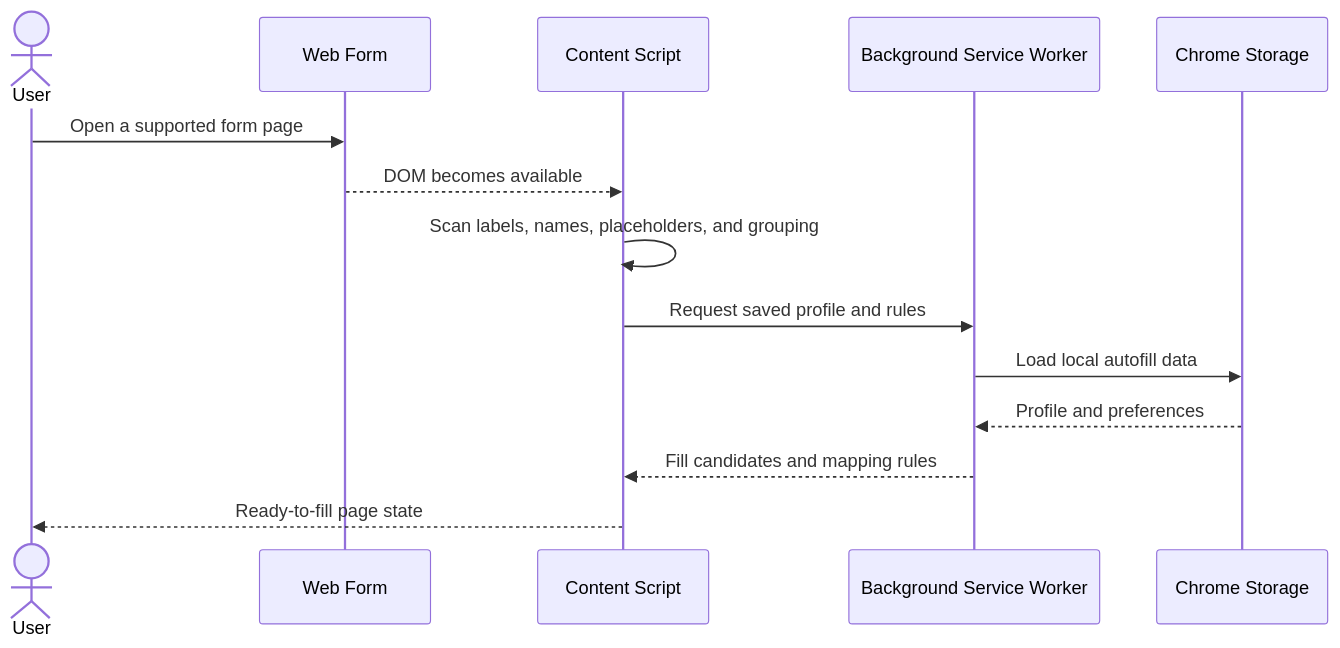
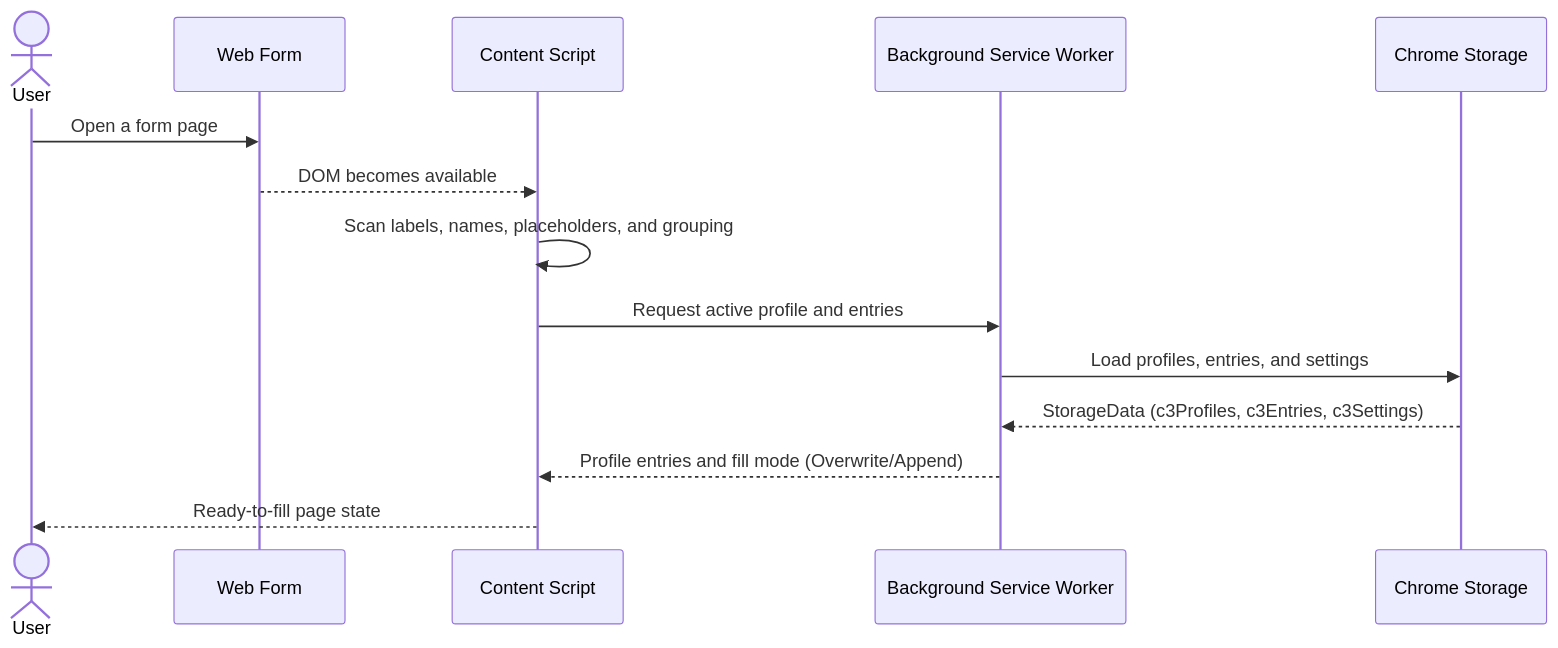
The second of 8 diagrams in FLAGSHIP_PROJECT/c3-autofill/DATA_FLOW.md (CodeCanvasCollective/.github), drawn with Mermaid before and after one commit. The commit also changed other lines of this file and 2 other files, not shown here.

First line of the commit message:
Docs: update monorepo architecture & structure

````diff
--- a/FLAGSHIP_PROJECT/c3-autofill/DATA_FLOW.md
+++ b/FLAGSHIP_PROJECT/c3-autofill/DATA_FLOW.md
@@ -32,17 +30,17 @@
 ```mermaid
 sequenceDiagram
     actor U as User
     participant PAGE as Web Form
     participant CS as Content Script
     participant BG as Background Service Worker
     participant ST as Chrome Storage
 
-    U->>PAGE: Open a supported form page
+    U->>PAGE: Open a form page
     PAGE-->>CS: DOM becomes available
     CS->>CS: Scan labels, names, placeholders, and grouping
-    CS->>BG: Request saved profile and rules
-    BG->>ST: Load local autofill data
-    ST-->>BG: Profile and preferences
-    BG-->>CS: Fill candidates and mapping rules
+    CS->>BG: Request active profile and entries
+    BG->>ST: Load profiles, entries, and settings
+    ST-->>BG: StorageData (c3Profiles, c3Entries, c3Settings)
+    BG-->>CS: Profile entries and fill mode (Overwrite/Append)
     CS-->>U: Ready-to-fill page state
 ```
````
